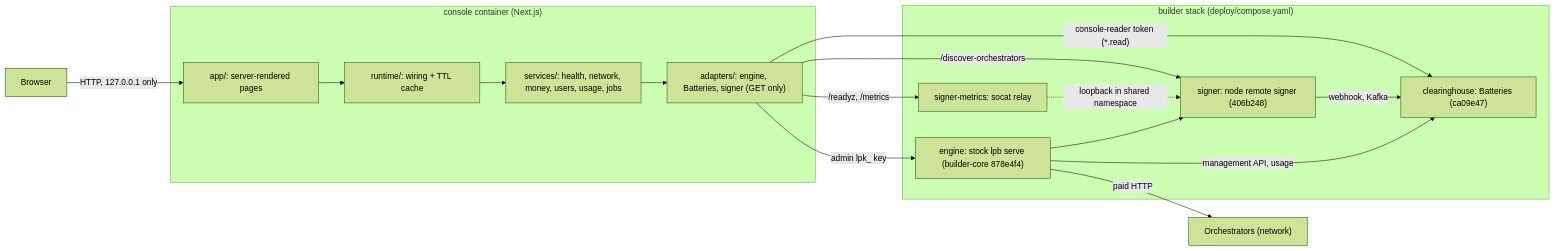
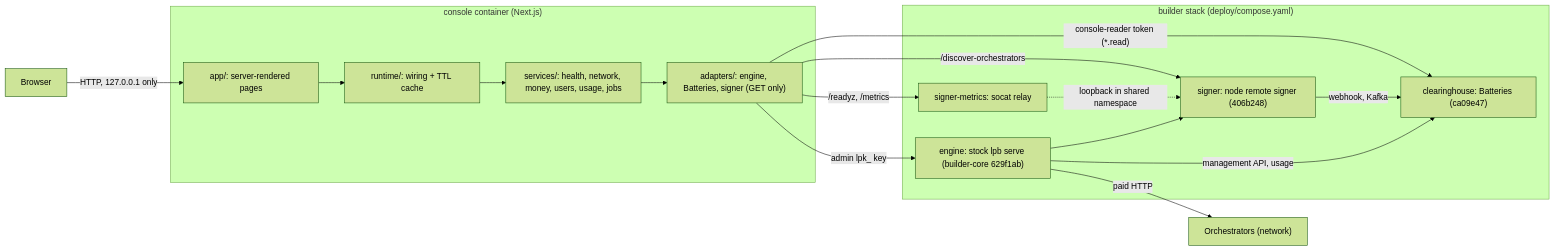
Before and after one commit to NE-Build-Track/builder-core-console: the first of 2 diagrams in ARCHITECTURE.md, drawn with Mermaid (forest theme). The commit also changed 7 other files, not shown here.

First line of the commit message:
Re-pin the engine to builder-core 629f1ab, the merge of PRs #43 and #44

````diff
--- a/ARCHITECTURE.md
+++ b/ARCHITECTURE.md
@@ -9,25 +9,25 @@
 ```mermaid
 flowchart LR
     Browser["Browser"]
     subgraph Console["console container (Next.js)"]
         Pages["app/: server-rendered pages"]
         RT["runtime/: wiring + TTL cache"]
         SVC["services/: health, network, money, users, usage, jobs"]
         AD["adapters/: engine, Batteries, signer (GET only)"]
     end
     subgraph Stack["builder stack (deploy/compose.yaml)"]
-        Engine["engine: stock lpb serve (builder-core 878e4f4)"]
+        Engine["engine: stock lpb serve (builder-core 629f1ab)"]
         Bat["clearinghouse: Batteries (ca09e47)"]
         Signer["signer: node remote signer (406b248)"]
         Relay["signer-metrics: socat relay"]
     end
     Orch["Orchestrators (network)"]
     Browser -->|"HTTP, 127.0.0.1 only"| Pages --> RT --> SVC --> AD
     AD -->|"admin lpk_ key"| Engine
     AD -->|"console-reader token (*.read)"| Bat
     AD -->|"/discover-orchestrators"| Signer
     AD -->|"/readyz, /metrics"| Relay -.->|"loopback in shared namespace"| Signer
     Engine --> Signer -->|"webhook, Kafka"| Bat
     Engine -->|"paid HTTP"| Orch
     Engine -->|"management API, usage"| Bat
 ```
````
